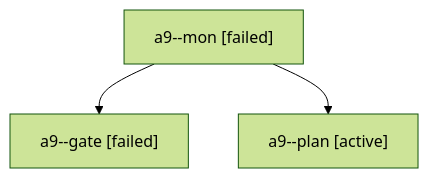
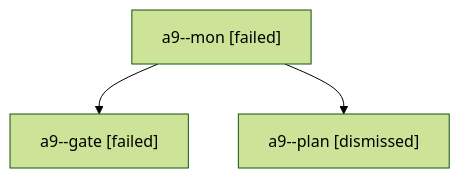
One commit to bobs-org/bob-cli--agents changed the diagram in sessions/bbugyi200.apollo.a9.md. Above: the diagram before and after it, drawn with Mermaid (forest theme). The commit also changed other lines of this file and 27 other files, not shown here.

````diff
--- a/sessions/bbugyi200.apollo.a9.md
+++ b/sessions/bbugyi200.apollo.a9.md
@@ -9,8 +9,8 @@
 ```mermaid
 flowchart TD
   n0["a9--mon [failed]"]
   n1["a9--gate [failed]"]
   n0 --> n1
-  n2["a9--plan [active]"]
+  n2["a9--plan [dismissed]"]
   n0 --> n2
 ```
````
